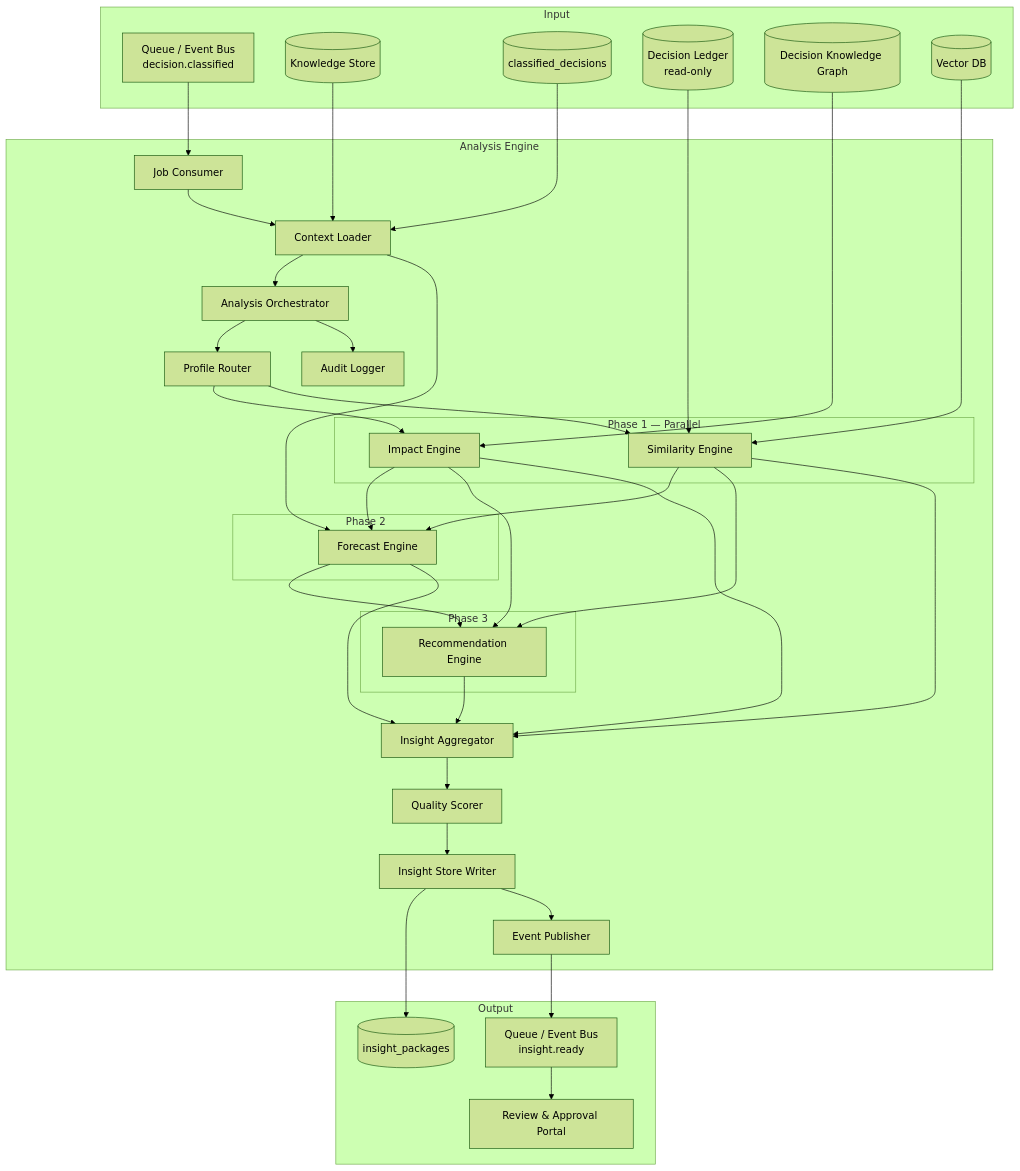
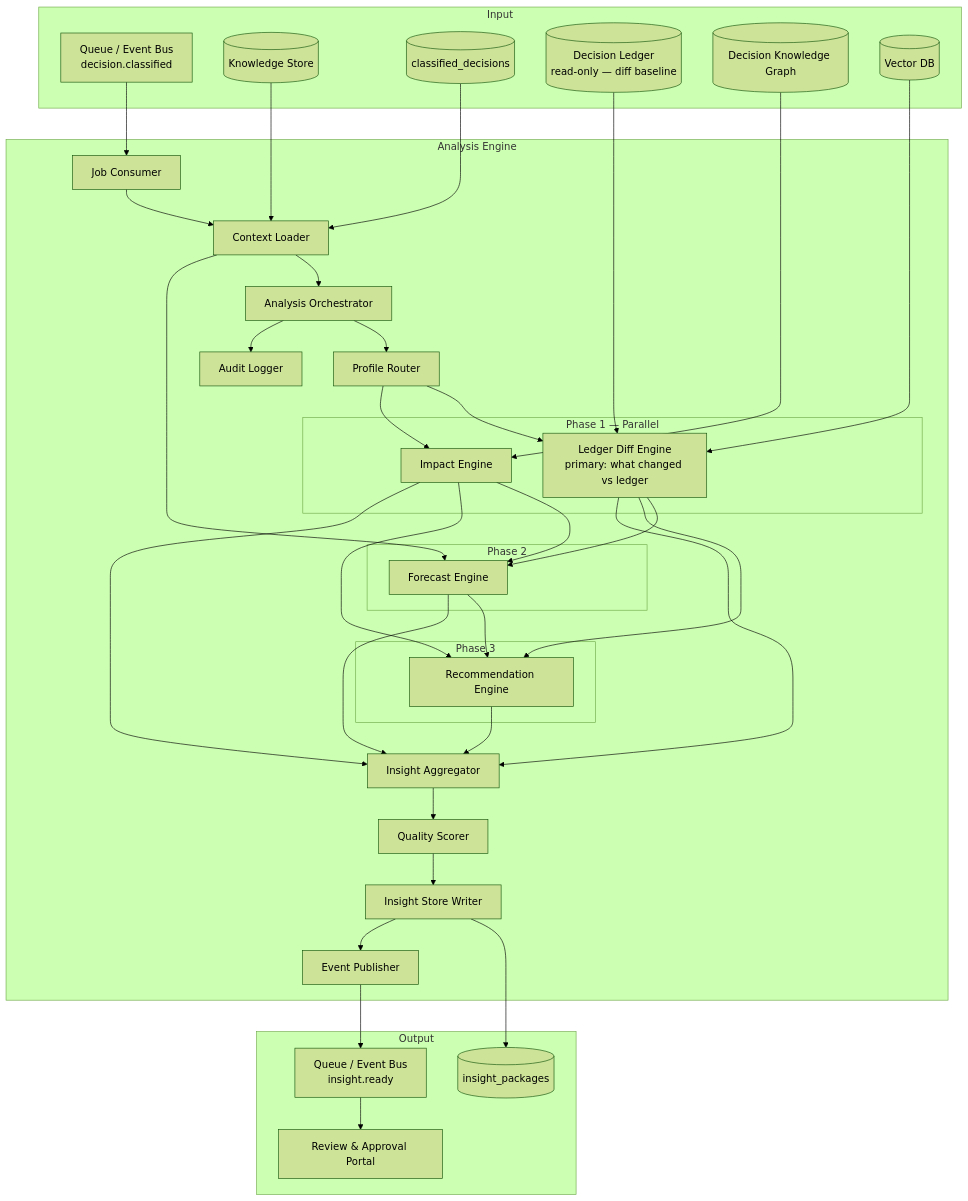
One commit to andrewngo31798/document-ledger changed the diagram in architecture/modules/05-analysis-engine/diagrams/analysis-orchestration.mmd. Above: the diagram before and after it, drawn with Mermaid (forest theme). The commit also changed 15 other files, not shown here.

First line of the commit message:
Center Analysis Engine on ledger diff vs approved decisions.

```diff
--- a/architecture/modules/05-analysis-engine/diagrams/analysis-orchestration.mmd
+++ b/architecture/modules/05-analysis-engine/diagrams/analysis-orchestration.mmd
@@ -1,75 +1,75 @@
 flowchart TB
     subgraph input [Input]
         queueIn["Queue / Event Bus<br/>decision.classified"]
         knowledgeStore[(Knowledge Store)]
         classStore[(classified_decisions)]
-        ledgerStore[(Decision Ledger<br/>read-only)]
+        ledgerStore[(Decision Ledger<br/>read-only — diff baseline)]
         graphStore[(Decision Knowledge Graph)]
         vectorStore[(Vector DB)]
     end
 
     subgraph ae [Analysis Engine]
         consumer[Job Consumer]
         loader[Context Loader]
         orchestrator[Analysis Orchestrator]
         router[Profile Router]
 
         subgraph phase1 [Phase 1 — Parallel]
+            ledgerDiff["Ledger Diff Engine<br/>primary: what changed vs ledger"]
             impact[Impact Engine]
-            similarity[Similarity Engine]
         end
 
         subgraph phase2 [Phase 2]
             forecast[Forecast Engine]
         end
 
         subgraph phase3 [Phase 3]
             recommend[Recommendation Engine]
         end
 
         aggregator[Insight Aggregator]
         quality[Quality Scorer]
         writer[Insight Store Writer]
         publisher[Event Publisher]
         audit[Audit Logger]
     end
 
     subgraph output [Output]
         insightStore[(insight_packages)]
         queueOut["Queue / Event Bus<br/>insight.ready"]
         review[Review & Approval Portal]
     end
 
     queueIn --> consumer
     consumer --> loader
     knowledgeStore --> loader
     classStore --> loader
     loader --> orchestrator
     orchestrator --> router
 
+    router --> ledgerDiff
     router --> impact
-    router --> similarity
     graphStore --> impact
-    vectorStore --> similarity
-    ledgerStore --> similarity
+    vectorStore --> ledgerDiff
+    ledgerStore --> ledgerDiff
 
+    ledgerDiff --> forecast
     impact --> forecast
-    similarity --> forecast
     loader --> forecast
 
+    ledgerDiff --> recommend
     impact --> recommend
-    similarity --> recommend
     forecast --> recommend
 
+    ledgerDiff --> aggregator
     impact --> aggregator
-    similarity --> aggregator
     forecast --> aggregator
     recommend --> aggregator
 
     aggregator --> quality
     quality --> writer
     writer --> insightStore
     writer --> publisher
     publisher --> queueOut
     queueOut --> review
     orchestrator --> audit
```
